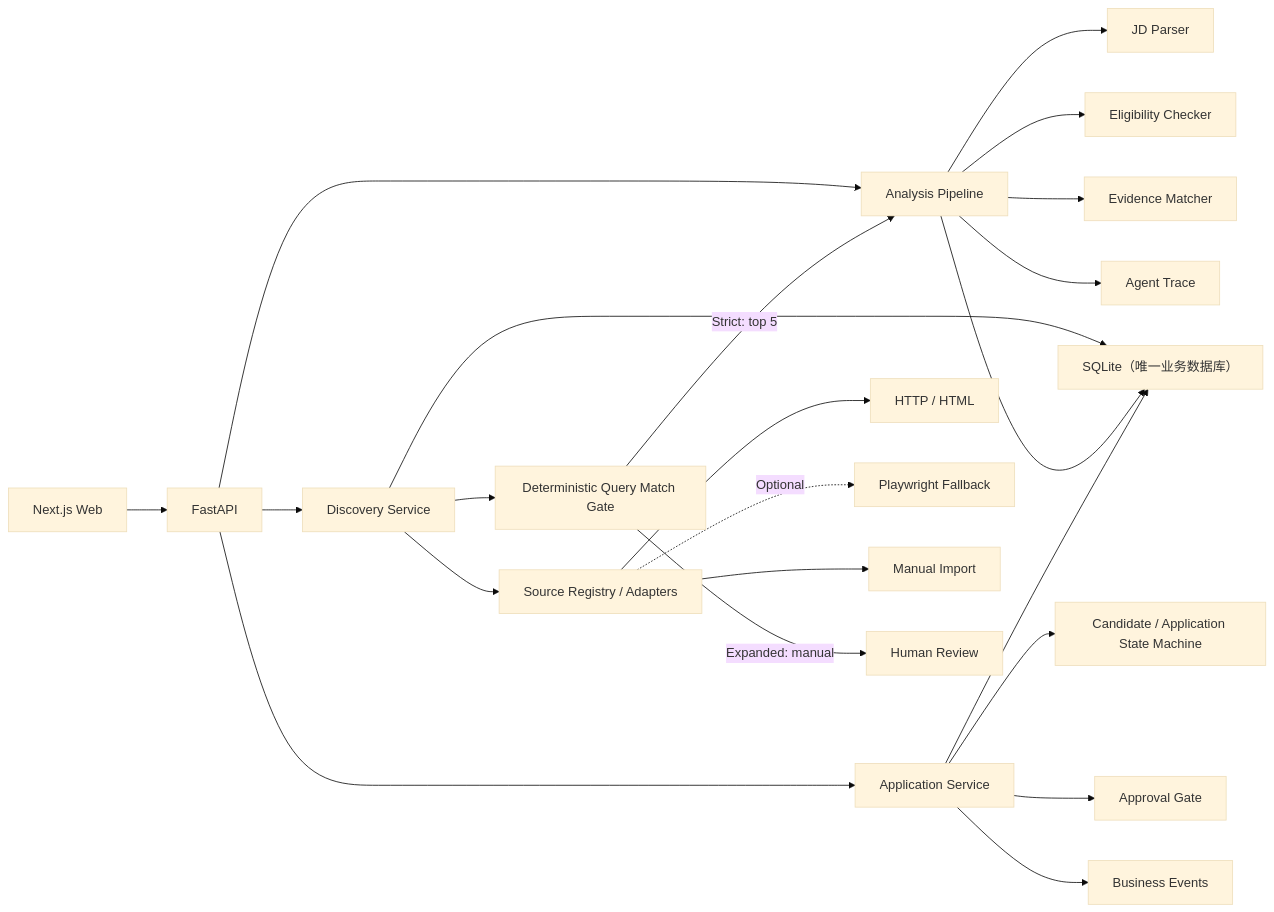
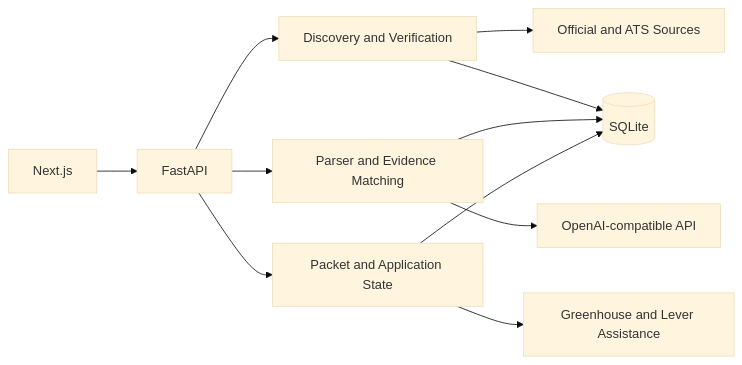
One commit to qingyingxy/jobflow-agent changed the diagram in README.md. Above: the diagram before and after it, drawn with Mermaid (base theme). The commit also changed other lines of this file and 11 other files, not shown here.

````diff
--- a/README.md
+++ b/README.md
@@ -554,28 +65,13 @@
 ```mermaid
 flowchart LR
-    UI["Next.js Web"] --> API["FastAPI"]
-    API --> DISCOVERY["Discovery Service"]
-    API --> ANALYSIS["Analysis Pipeline"]
-    API --> APPLICATION["Application Service"]
-
-    DISCOVERY --> SOURCES["Source Registry / Adapters"]
-    SOURCES --> HTTP["HTTP / HTML"]
-    SOURCES -. Optional .-> BROWSER["Playwright Fallback"]
-    SOURCES --> MANUAL["Manual Import"]
-    DISCOVERY --> GATE["Deterministic Query Match Gate"]
-    GATE -->|"Strict: top 5"| ANALYSIS
-    GATE -->|"Expanded: manual"| HUMAN["Human Review"]
-
-    ANALYSIS --> PARSER["JD Parser"]
-    ANALYSIS --> ELIGIBILITY["Eligibility Checker"]
-    ANALYSIS --> MATCHER["Evidence Matcher"]
-
-    APPLICATION --> STATE["Candidate / Application State Machine"]
-    APPLICATION --> APPROVAL["Approval Gate"]
-    APPLICATION --> EVENTS["Business Events"]
-    ANALYSIS --> TRACE["Agent Trace"]
-
-    DISCOVERY --> DB["SQLite（唯一业务数据库）"]
+    UI[Next.js] --> API[FastAPI]
+    API --> DISCOVERY[Discovery and Verification]
+    API --> ANALYSIS[Parser and Evidence Matching]
+    API --> APPLY[Packet and Application State]
+    DISCOVERY --> SOURCES[Official and ATS Sources]
+    ANALYSIS --> LLM[OpenAI-compatible API]
+    DISCOVERY --> DB[(SQLite)]
     ANALYSIS --> DB
-    APPLICATION --> DB
+    APPLY --> DB
+    APPLY --> ATS[Greenhouse and Lever Assistance]
 ```
````
